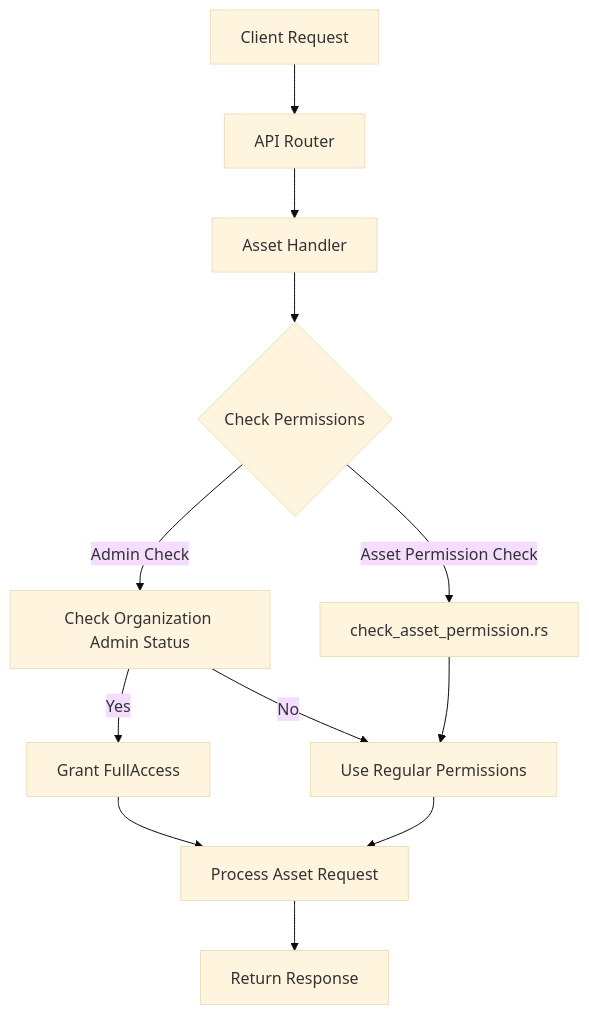
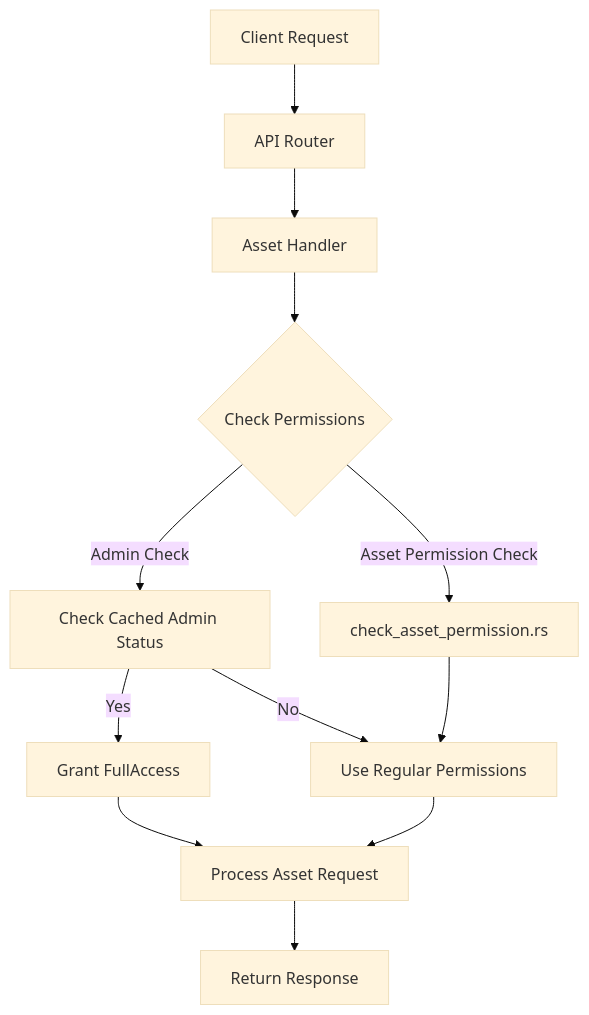
One commit to f4falalu/echo changed the diagram in api/prds/active/project_asset_permission_checks.md. Above: the diagram before and after it, drawn with Mermaid (base theme). The commit also changed other lines of this file and 11 other files, not shown here.

````diff
--- a/api/prds/active/project_asset_permission_checks.md
+++ b/api/prds/active/project_asset_permission_checks.md
@@ -53,14 +56,14 @@
 ```mermaid
 graph TD
     A[Client Request] --> B[API Router]
     B --> C[Asset Handler]
     C --> D{Check Permissions}
-    D -->|Admin Check| E[Check Organization Admin Status]
+    D -->|Admin Check| E[Check Cached Admin Status]
     D -->|Asset Permission Check| F[check_asset_permission.rs]
     E -->|Yes| G[Grant FullAccess]
     E -->|No| H[Use Regular Permissions]
     F --> H
     G --> I[Process Asset Request]
     H --> I
     I --> J[Return Response]
 ```
````
